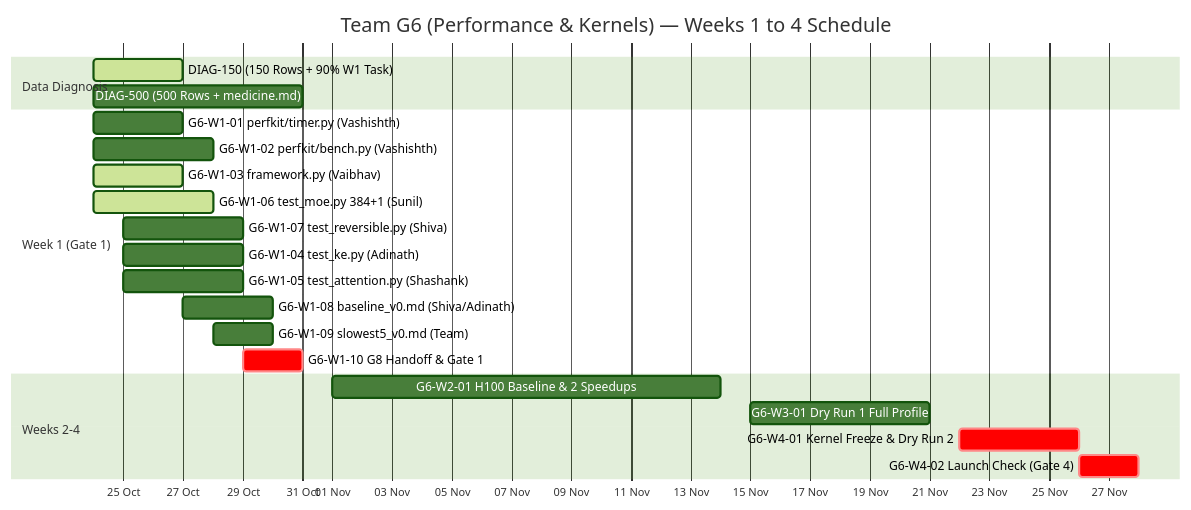
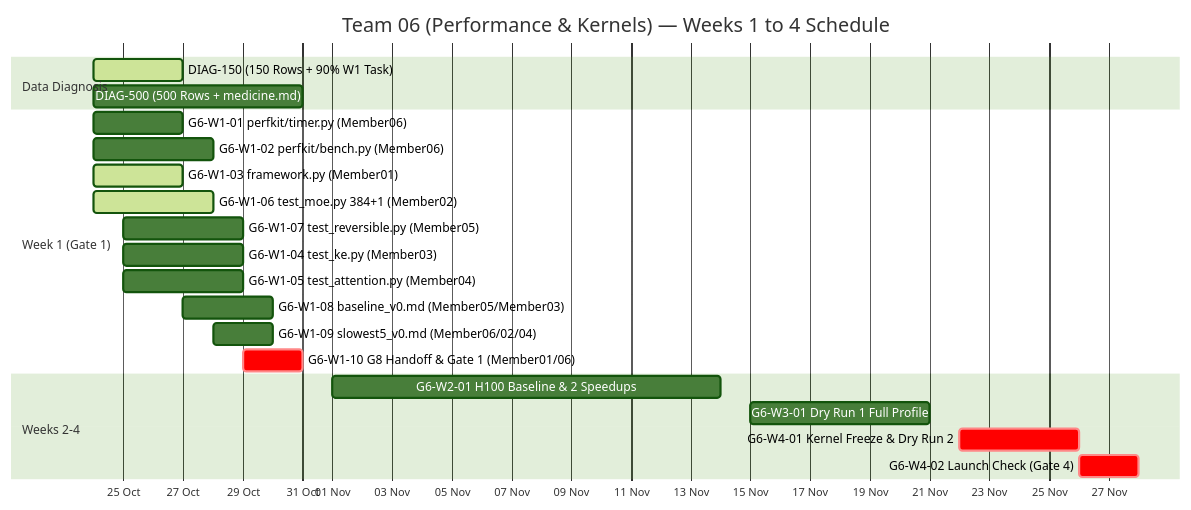
Before and after one commit to jssunil/era-v5-g6-tracker: the diagram in TRACKER.md, drawn with Mermaid (forest theme). The commit also changed other lines of this file and 6 other files, not shown here.

Commit message:
Update index.html and TRACKER.md to generic Member01-Member06 roles with full study, practice & parallelism breakdown

````diff
--- a/TRACKER.md
+++ b/TRACKER.md
@@ -106,25 +94,25 @@
 ```mermaid
 gantt
-    title Team G6 (Performance & Kernels) — Weeks 1 to 4 Schedule
+    title Team 06 (Performance & Kernels) — Weeks 1 to 4 Schedule
     dateFormat  YYYY-MM-DD
     axisFormat  %d %b
     section Data Diagnosis
     DIAG-150 (150 Rows + 90% W1 Task) :active, d01, 2026-10-24, 2026-10-27
     DIAG-500 (500 Rows + medicine.md) :d02, 2026-10-24, 2026-10-31
     section Week 1 (Gate 1)
-    G6-W1-01 perfkit/timer.py (Vashishth) :w101, 2026-10-24, 2026-10-27
-    G6-W1-02 perfkit/bench.py (Vashishth) :w102, 2026-10-24, 2026-10-28
-    G6-W1-03 framework.py (Vaibhav)       :active, w103, 2026-10-24, 2026-10-27
-    G6-W1-06 test_moe.py 384+1 (Sunil)    :active, w106, 2026-10-24, 2026-10-28
-    G6-W1-07 test_reversible.py (Shiva)   :w107, 2026-10-25, 2026-10-29
-    G6-W1-04 test_ke.py (Adinath)         :w104, 2026-10-25, 2026-10-29
-    G6-W1-05 test_attention.py (Shashank) :w105, 2026-10-25, 2026-10-29
-    G6-W1-08 baseline_v0.md (Shiva/Adinath):w108, 2026-10-27, 2026-10-30
-    G6-W1-09 slowest5_v0.md (Team)        :w109, 2026-10-28, 2026-10-30
-    G6-W1-10 G8 Handoff & Gate 1          :crit, w110, 2026-10-29, 2026-10-31
+    G6-W1-01 perfkit/timer.py (Member06)        :w101, 2026-10-24, 2026-10-27
+    G6-W1-02 perfkit/bench.py (Member06)        :w102, 2026-10-24, 2026-10-28
+    G6-W1-03 framework.py (Member01)            :active, w103, 2026-10-24, 2026-10-27
+    G6-W1-06 test_moe.py 384+1 (Member02)       :active, w106, 2026-10-24, 2026-10-28
+    G6-W1-07 test_reversible.py (Member05)      :w107, 2026-10-25, 2026-10-29
+    G6-W1-04 test_ke.py (Member03)              :w104, 2026-10-25, 2026-10-29
+    G6-W1-05 test_attention.py (Member04)       :w105, 2026-10-25, 2026-10-29
+    G6-W1-08 baseline_v0.md (Member05/Member03) :w108, 2026-10-27, 2026-10-30
+    G6-W1-09 slowest5_v0.md (Member06/02/04)    :w109, 2026-10-28, 2026-10-30
+    G6-W1-10 G8 Handoff & Gate 1 (Member01/06)  :crit, w110, 2026-10-29, 2026-10-31
     section Weeks 2-4
-    G6-W2-01 H100 Baseline & 2 Speedups:w201, 2026-11-01, 2026-11-14
-    G6-W3-01 Dry Run 1 Full Profile   :w301, 2026-11-15, 2026-11-21
-    G6-W4-01 Kernel Freeze & Dry Run 2:crit, w401, 2026-11-22, 2026-11-26
-    G6-W4-02 Launch Check (Gate 4)    :crit, w402, 2026-11-26, 2026-11-28
+    G6-W2-01 H100 Baseline & 2 Speedups         :w201, 2026-11-01, 2026-11-14
+    G6-W3-01 Dry Run 1 Full Profile             :w301, 2026-11-15, 2026-11-21
+    G6-W4-01 Kernel Freeze & Dry Run 2          :crit, w401, 2026-11-22, 2026-11-26
+    G6-W4-02 Launch Check (Gate 4)              :crit, w402, 2026-11-26, 2026-11-28
 ```
````
